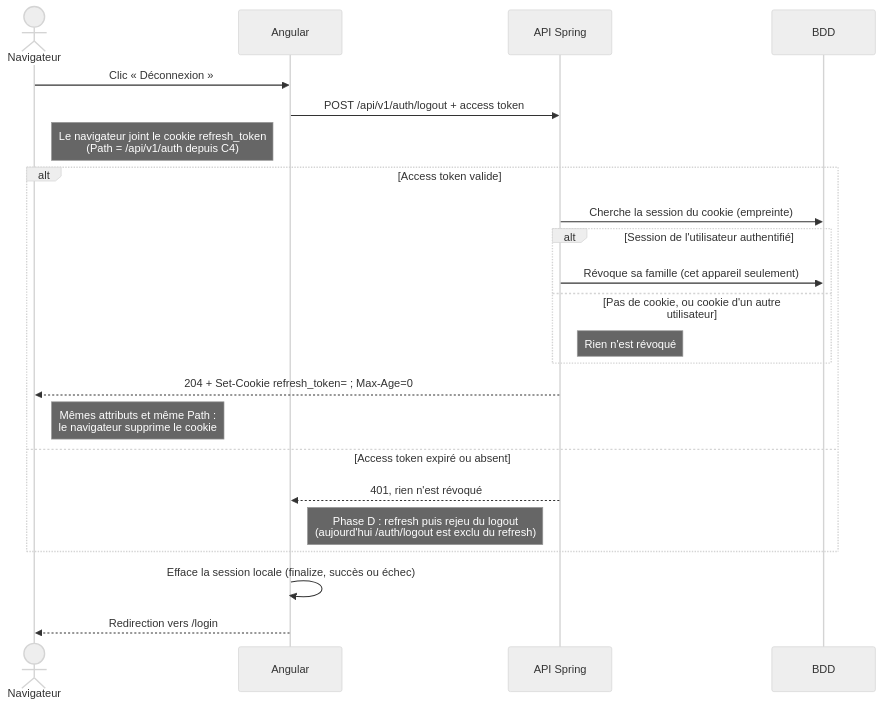
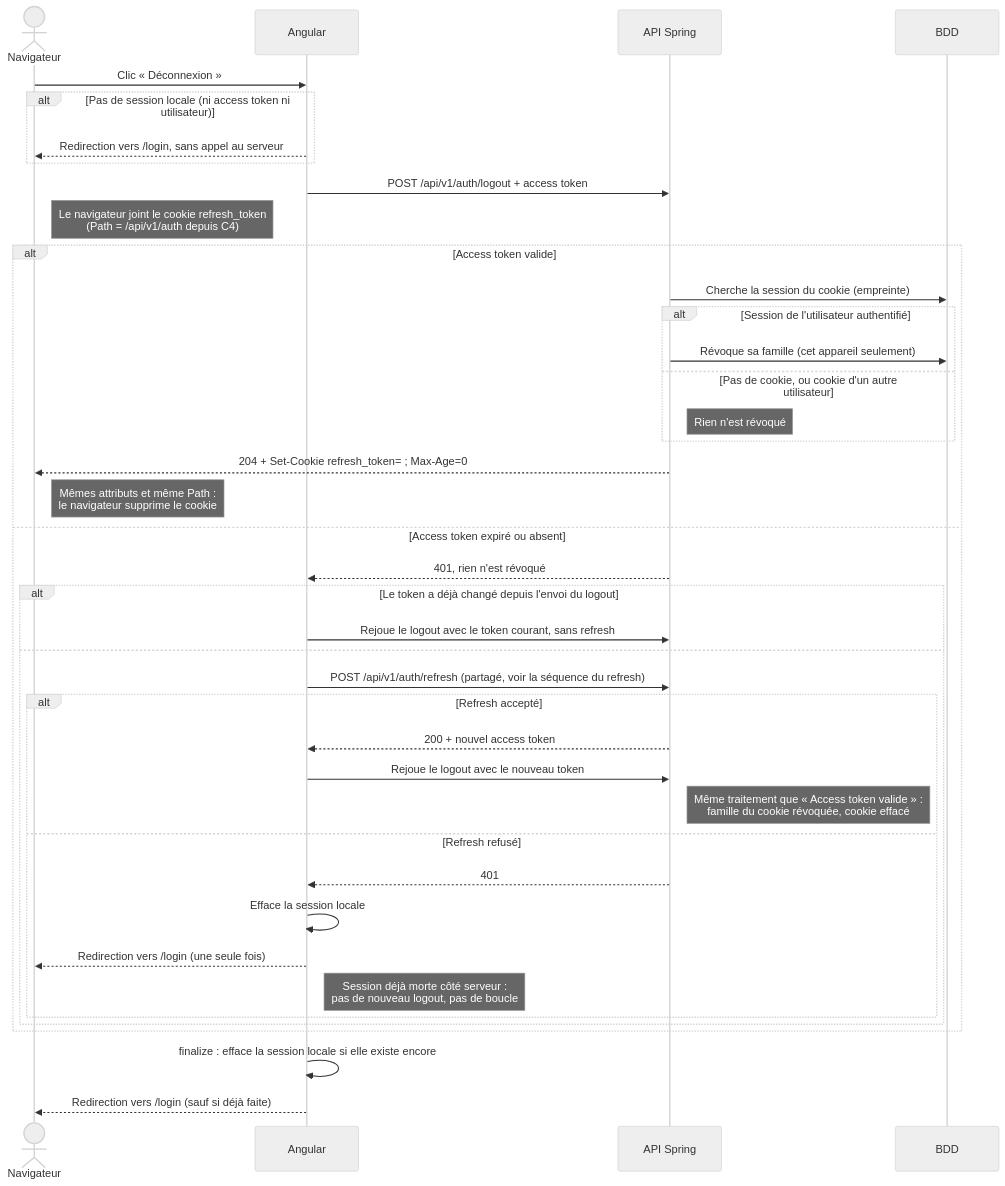
The second of 3 diagrams in docs/diagrams/refresh.md (Franck1vlt/Parkyn), drawn with Mermaid (neutral theme) before and after one commit. The commit also changed other lines of this file and 5 other files, not shown here.

Commit message:
feat(web): logout rejoué après refresh

````diff
--- a/docs/diagrams/refresh.md
+++ b/docs/diagrams/refresh.md
@@ -76,28 +78,45 @@
 ```mermaid
 sequenceDiagram
 actor Navigateur
 participant Angular
 participant API as API Spring
 participant BDD
 
     Navigateur->>Angular: Clic « Déconnexion »
+    alt Pas de session locale (ni access token ni utilisateur)
+        Angular-->>Navigateur: Redirection vers /login, sans appel au serveur
+    end
     Angular->>API: POST /api/v1/auth/logout + access token
     Note right of Navigateur: Le navigateur joint le cookie refresh_token<br/>(Path = /api/v1/auth depuis C4)
 
     alt Access token valide
         API->>BDD: Cherche la session du cookie (empreinte)
         alt Session de l'utilisateur authentifié
             API->>BDD: Révoque sa famille (cet appareil seulement)
         else Pas de cookie, ou cookie d'un autre utilisateur
             Note right of API: Rien n'est révoqué
         end
         API-->>Navigateur: 204 + Set-Cookie refresh_token= #59; Max-Age=0
         Note right of Navigateur: Mêmes attributs et même Path :<br/>le navigateur supprime le cookie
     else Access token expiré ou absent
         API-->>Angular: 401, rien n'est révoqué
-        Note right of Angular: Phase D : refresh puis rejeu du logout<br/>(aujourd'hui /auth/logout est exclu du refresh)
+        alt Le token a déjà changé depuis l'envoi du logout
+            Angular->>API: Rejoue le logout avec le token courant, sans refresh
+        else
+            Angular->>API: POST /api/v1/auth/refresh (partagé, voir la séquence du refresh)
+            alt Refresh accepté
+                API-->>Angular: 200 + nouvel access token
+                Angular->>API: Rejoue le logout avec le nouveau token
+                Note right of API: Même traitement que « Access token valide » :<br/>famille du cookie révoquée, cookie effacé
+            else Refresh refusé
+                API-->>Angular: 401
+                Angular->>Angular: Efface la session locale
+                Angular-->>Navigateur: Redirection vers /login (une seule fois)
+                Note right of Angular: Session déjà morte côté serveur :<br/>pas de nouveau logout, pas de boucle
+            end
+        end
     end
 
-    Angular->>Angular: Efface la session locale (finalize, succès ou échec)
-    Angular-->>Navigateur: Redirection vers /login
+    Angular->>Angular: finalize : efface la session locale si elle existe encore
+    Angular-->>Navigateur: Redirection vers /login (sauf si déjà faite)
 ```
````
